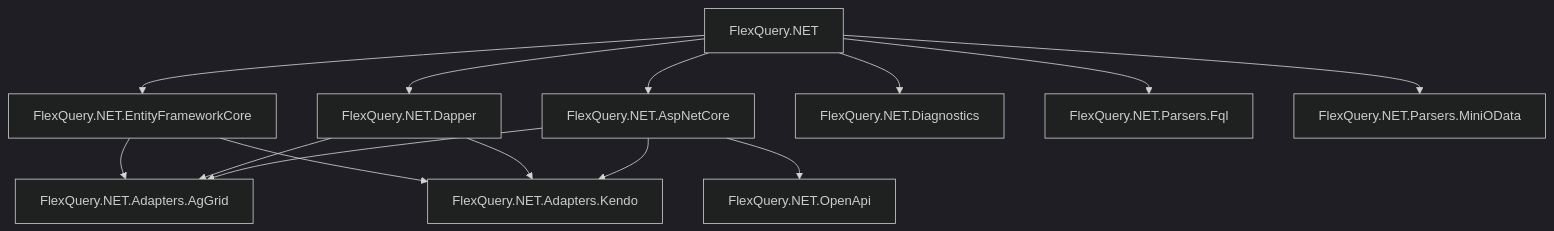
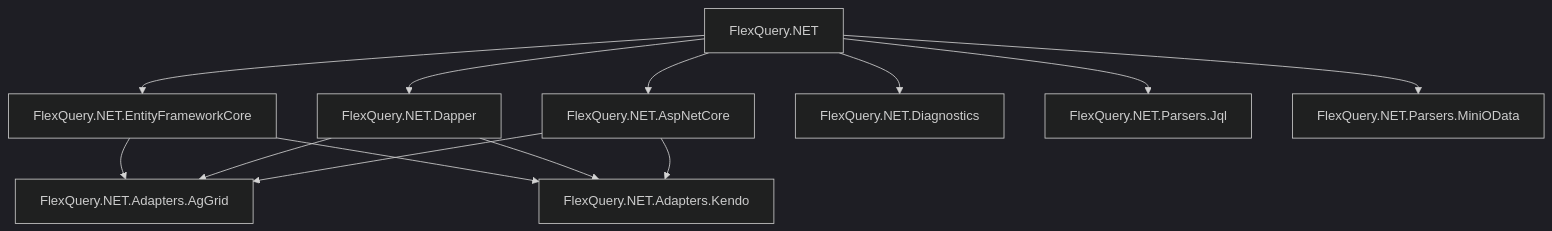
One commit to peterjohncasasola/FlexQuery.NET changed the diagram in README.md. Above: the diagram before and after it, drawn with Mermaid (dark theme). The commit also changed other lines of this file and 92 other files, not shown here.

````diff
--- a/README.md
+++ b/README.md
@@ -31,17 +31,16 @@
 ```mermaid
 graph TD
     Core["FlexQuery.NET"]
     Core --> EF["FlexQuery.NET.EntityFrameworkCore"]
     Core --> Dapper["FlexQuery.NET.Dapper"]
     Core --> AspNet["FlexQuery.NET.AspNetCore"]
     Core --> Diag["FlexQuery.NET.Diagnostics"]
     EF --> AgGrid["FlexQuery.NET.Adapters.AgGrid"]
     EF --> Kendo["FlexQuery.NET.Adapters.Kendo"]
     Dapper --> AgGrid
     Dapper --> Kendo
     AspNet --> AgGrid
     AspNet --> Kendo
-    Core --> Fql["FlexQuery.NET.Parsers.Fql"]
+    Core --> Jql["FlexQuery.NET.Parsers.Jql"]
     Core --> OData["FlexQuery.NET.Parsers.MiniOData"]
-    AspNet --> OpenApi["FlexQuery.NET.OpenApi"]
 ```
````
